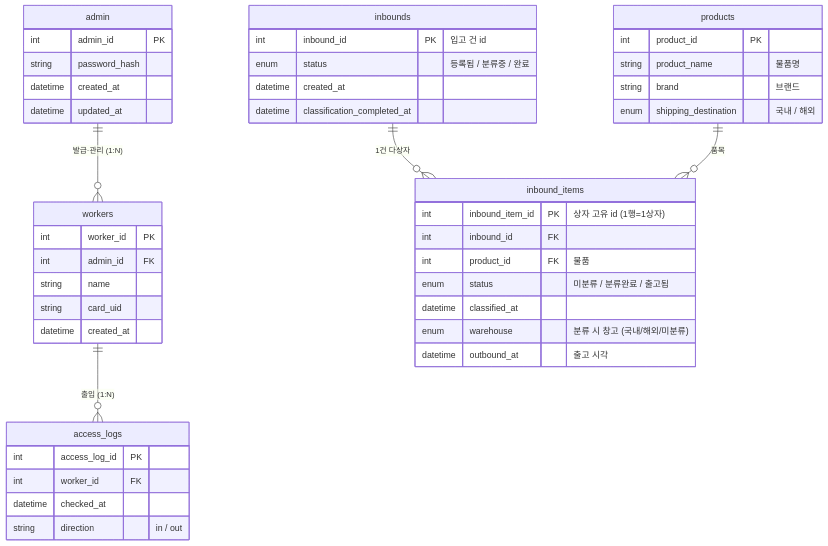
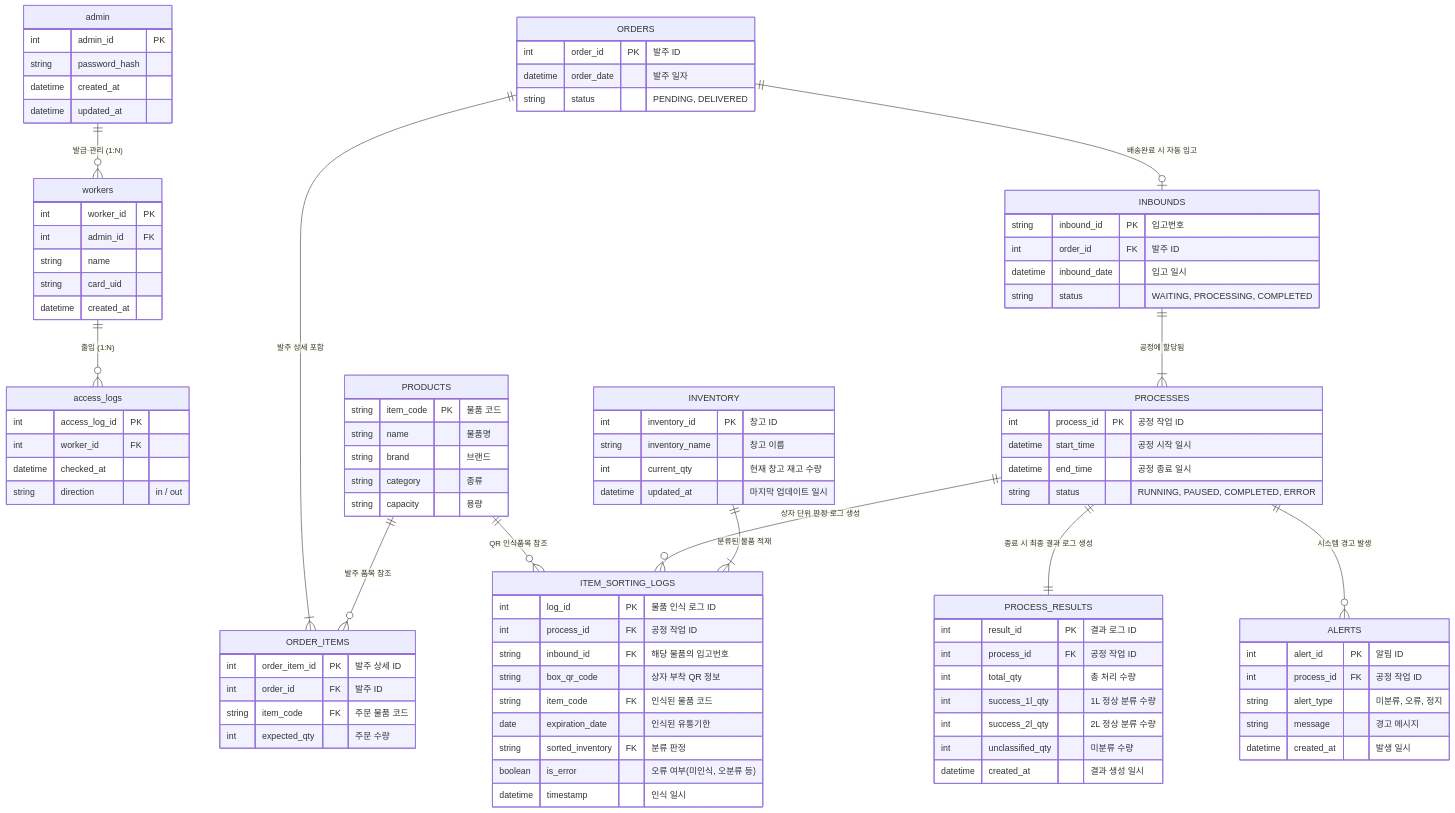
One commit to addinedu-physicalai-1st/iot-repo-3 changed the diagram in docs/er-diagram.md. Above: the diagram before and after it, drawn with Mermaid. The commit also changed other lines of this file and 9 other files, not shown here.

Commit message:
invoice, qr code for items

````diff
--- a/docs/er-diagram.md
+++ b/docs/er-diagram.md
@@ -17,5 +19,6 @@
 ```mermaid
 erDiagram
+    %% 출입·관리 (기존)
     admin {
         int admin_id PK
         string password_hash
@@ -38,32 +41,100 @@
         string direction "in / out"
     }
 
-    products {
-        int product_id PK
-        string product_name "물품명"
+    %% 물품 마스터 (기준 정보)
+    PRODUCTS {
+        string item_code PK "물품 코드"
+        string name "물품명"
         string brand "브랜드"
-        enum shipping_destination "국내 / 해외"
+        string category "종류"
+        string capacity "용량"
     }
 
-    inbound_items {
-        int inbound_item_id PK "상자 고유 id (1행=1상자)"
-        int inbound_id FK
-        int product_id FK "물품"
-        enum status "미분류 / 분류완료 / 출고됨"
-        datetime classified_at
-        enum warehouse "분류 시 창고 (국내/해외/미분류)"
-        datetime outbound_at "출고 시각"
+    %% 발주 및 입고 정보
+    ORDERS {
+        int order_id PK "발주 ID"
+        datetime order_date "발주 일자"
+        string status "PENDING, DELIVERED"
     }
 
-    inbounds {
-        int inbound_id PK "입고 건 id"
-        enum status "등록됨 / 분류중 / 완료"
-        datetime created_at
-        datetime classification_completed_at
+    ORDER_ITEMS {
+        int order_item_id PK "발주 상세 ID"
+        int order_id FK "발주 ID"
+        string item_code FK "주문 물품 코드"
+        int expected_qty "주문 수량"
     }
 
+    INBOUNDS {
+        string inbound_id PK "입고번호"
+        int order_id FK "발주 ID"
+        datetime inbound_date "입고 일시"
+        string status "WAITING, PROCESSING, COMPLETED"
+    }
+
+    %% 분류 공정 작업
+    PROCESSES {
+        int process_id PK "공정 작업 ID"
+        datetime start_time "공정 시작 일시"
+        datetime end_time "공정 종료 일시"
+        string status "RUNNING, PAUSED, COMPLETED, ERROR"
+    }
+
+    %% 물품 인식 및 분류 판정 로그 (상자 단위)
+    ITEM_SORTING_LOGS {
+        int log_id PK "물품 인식 로그 ID"
+        int process_id FK "공정 작업 ID"
+        string inbound_id FK "해당 물품의 입고번호"
+        string box_qr_code "상자 부착 QR 정보"
+        string item_code FK "인식된 물품 코드"
+        date expiration_date "인식된 유통기한"
+        string sorted_inventory FK "분류 판정"
+        boolean is_error "오류 여부(미인식, 오분류 등)"
+        datetime timestamp "인식 일시"
+    }
+
+    %% 공정 최종 결과 로그
+    PROCESS_RESULTS {
+        int result_id PK "결과 로그 ID"
+        int process_id FK "공정 작업 ID"
+        int total_qty "총 처리 수량"
+        int success_1l_qty "1L 정상 분류 수량"
+        int success_2l_qty "2L 정상 분류 수량"
+        int unclassified_qty "미분류 수량"
+        datetime created_at "결과 생성 일시"
+    }
+
+    %% 시스템 알림/경고 이력
+    ALERTS {
+        int alert_id PK "알림 ID"
+        int process_id FK "공정 작업 ID"
+        string alert_type "미분류, 오류, 정지"
+        string message "경고 메시지"
+        datetime created_at "발생 일시"
+    }
+
+    %% 창고 재고 관리 (Inventory)
+    INVENTORY {
+        int inventory_id PK "창고 ID"
+        string inventory_name "창고 이름"
+        int current_qty "현재 창고 재고 수량"
+        datetime updated_at "마지막 업데이트 일시"
+    }
+
+    %% 관계 (Relationships)
     admin ||--o{ workers : "발급·관리 (1:N)"
     workers ||--o{ access_logs : "출입 (1:N)"
-    inbounds ||--o{ inbound_items : "1건 다상자"
-    products ||--o{ inbound_items : "품목"
+
+    ORDERS ||--|{ ORDER_ITEMS : "발주 상세 포함"
+    ORDERS ||--o| INBOUNDS : "배송완료 시 자동 입고"
+
+    PRODUCTS ||--o{ ORDER_ITEMS : "발주 품목 참조"
+    PRODUCTS ||--o{ ITEM_SORTING_LOGS : "QR 인식품목 참조"
+
+    INBOUNDS ||--|{ PROCESSES : "공정에 할당됨"
+
+    PROCESSES ||--o{ ITEM_SORTING_LOGS : "상자 단위 판정 로그 생성"
+    PROCESSES ||--|| PROCESS_RESULTS : "종료 시 최종 결과 로그 생성"
+    PROCESSES ||--o{ ALERTS : "시스템 경고 발생"
+
+    INVENTORY ||--|{ ITEM_SORTING_LOGS : "분류된 물품 적재"
 ```
````
